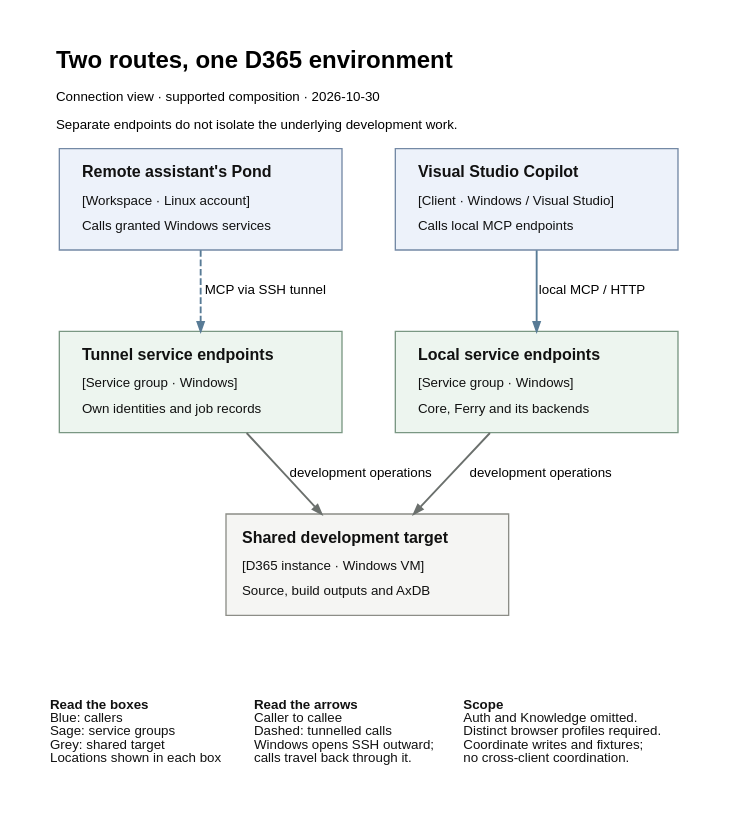
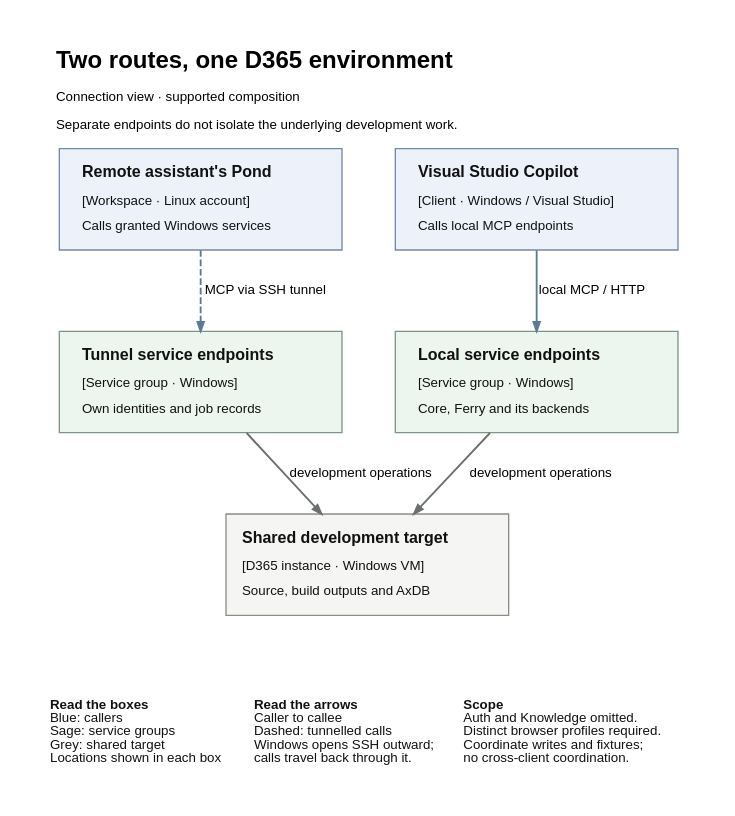
The diagram in docs/working-routes.dot (the-boring-crocodile/boring-pondnt), drawn with Graphviz before and after one commit. The commit also changed 26 other files, not shown here.

```diff
--- a/docs/working-routes.dot
+++ b/docs/working-routes.dot
@@ -1,27 +1,27 @@
 // Connection view for WORKING_WITH_PONDNT.md. Render with Graphviz dot.
 // Groups of services are shown as groups, not single processes.
 digraph routes {
 graph [rankdir=TB, newrank=true, splines=line, nodesep=0.55, ranksep=0.7,
  bgcolor="#ffffff", pad=0.25, fontname="Helvetica", fontsize=10, labelloc=t, labeljust=l,
- label=<<TABLE BORDER="0" CELLSPACING="6"><TR><TD ALIGN="LEFT"><FONT POINT-SIZE="18"><B>Two routes, one D365 environment</B></FONT></TD></TR><TR><TD ALIGN="LEFT">Connection view · supported composition · 2026-10-30</TD></TR><TR><TD ALIGN="LEFT">Separate endpoints do not isolate the underlying development work.</TD></TR></TABLE>>];
+ label=<<TABLE BORDER="0" CELLSPACING="6"><TR><TD ALIGN="LEFT"><FONT POINT-SIZE="18"><B>Two routes, one D365 environment</B></FONT></TD></TR><TR><TD ALIGN="LEFT">Connection view · supported composition</TD></TR><TR><TD ALIGN="LEFT">Separate endpoints do not isolate the underlying development work.</TD></TR></TABLE>>];
 node [shape=box,style=filled,fillcolor="#edf5ef",color="#7a9783",fontcolor="#111111",
  fontname="Helvetica",fontsize=10,width=2.95,height=1.05,fixedsize=true,margin="0.16,0.1"];
 edge [arrowsize=0.7,penwidth=1.4,color="#587b96",fontname="Helvetica",fontsize=10];
  pond [fillcolor="#edf2fa",color="#7489a5",label=<<TABLE BORDER="0" CELLSPACING="4"><TR><TD ALIGN="LEFT" WIDTH="183"><FONT POINT-SIZE="12"><B>Remote assistant's Pond</B></FONT></TD></TR><TR><TD ALIGN="LEFT">[Workspace · Linux account]</TD></TR><TR><TD ALIGN="LEFT">Calls granted Windows services</TD></TR></TABLE>>];
  copilot [fillcolor="#edf2fa",color="#7489a5",label=<<TABLE BORDER="0" CELLSPACING="4"><TR><TD ALIGN="LEFT" WIDTH="183"><FONT POINT-SIZE="12"><B>Visual Studio Copilot</B></FONT></TD></TR><TR><TD ALIGN="LEFT">[Client · Windows / Visual Studio]</TD></TR><TR><TD ALIGN="LEFT">Calls local MCP endpoints</TD></TR></TABLE>>];
  remote [label=<<TABLE BORDER="0" CELLSPACING="4"><TR><TD ALIGN="LEFT" WIDTH="183"><FONT POINT-SIZE="12"><B>Tunnel service endpoints</B></FONT></TD></TR><TR><TD ALIGN="LEFT">[Service group · Windows]</TD></TR><TR><TD ALIGN="LEFT">Own identities and job records</TD></TR></TABLE>>];
  local [label=<<TABLE BORDER="0" CELLSPACING="4"><TR><TD ALIGN="LEFT" WIDTH="183"><FONT POINT-SIZE="12"><B>Local service endpoints</B></FONT></TD></TR><TR><TD ALIGN="LEFT">[Service group · Windows]</TD></TR><TR><TD ALIGN="LEFT">Core, Ferry and its backends</TD></TR></TABLE>>];
  env [fillcolor="#f5f5f3",color="#8c8d87",label=<<TABLE BORDER="0" CELLSPACING="4"><TR><TD ALIGN="LEFT" WIDTH="183"><FONT POINT-SIZE="12"><B>Shared development target</B></FONT></TD></TR><TR><TD ALIGN="LEFT">[D365 instance · Windows VM]</TD></TR><TR><TD ALIGN="LEFT">Source, build outputs and AxDB</TD></TR></TABLE>>];
  {rank=same;remote;local;}
 {rank=same;pond;copilot;}
 pond -> remote [style=dashed,label="MCP via SSH tunnel"];
 copilot -> local [label="local MCP / HTTP"];
 remote -> env [color="#6b706d",label="development operations"];
 local -> env [color="#6b706d",label="development operations"];
 key [shape=plain,style="",fixedsize=false,label=<<TABLE BORDER="0" CELLSPACING="12" CELLPADDING="0"><TR>
 <TD ALIGN="LEFT" VALIGN="TOP"><B>Read the boxes</B><BR ALIGN="LEFT"/>Blue: callers<BR ALIGN="LEFT"/>Sage: service groups<BR ALIGN="LEFT"/>Grey: shared target<BR ALIGN="LEFT"/>Locations shown in each box<BR ALIGN="LEFT"/></TD>
 <TD ALIGN="LEFT" VALIGN="TOP"><B>Read the arrows</B><BR ALIGN="LEFT"/>Caller to callee<BR ALIGN="LEFT"/>Dashed: tunnelled calls<BR ALIGN="LEFT"/>Windows opens SSH outward;<BR ALIGN="LEFT"/>calls travel back through it.<BR ALIGN="LEFT"/></TD>
 <TD ALIGN="LEFT" VALIGN="TOP"><B>Scope</B><BR ALIGN="LEFT"/>Auth and Knowledge omitted.<BR ALIGN="LEFT"/>Distinct browser profiles required.<BR ALIGN="LEFT"/>Coordinate writes and fixtures;<BR ALIGN="LEFT"/>no cross-client coordination.<BR ALIGN="LEFT"/></TD>
 </TR></TABLE>>];
 env -> key [style=invis,weight=100];
 }
```
